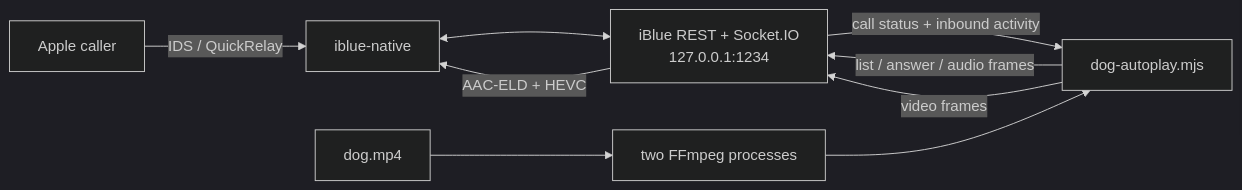
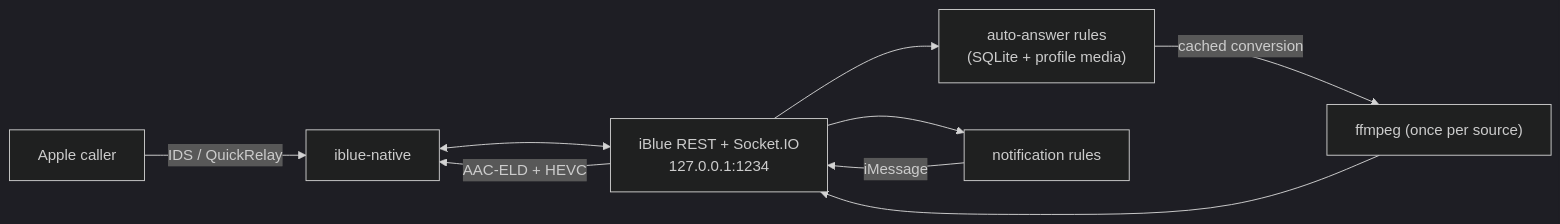
One commit to KyleBoyer/iBlue changed the diagram in docs/facetime-autoplay-handoff.md. Above: the diagram before and after it, drawn with Mermaid (dark theme). The commit also changed other lines of this file, not shown here.

````diff
--- a/docs/facetime-autoplay-handoff.md
+++ b/docs/facetime-autoplay-handoff.md
@@ -154,11 +233,11 @@
 ```mermaid
 flowchart LR
     Caller["Apple caller"] -->|"IDS / QuickRelay"| Native["iblue-native"]
     Native <--> Server["iBlue REST + Socket.IO\n127.0.0.1:1234"]
-    Player["dog-autoplay.mjs"] -->|"list / answer / audio frames"| Server
-    Player -->|"video frames"| Server
-    Server -->|"call status + inbound activity"| Player
-    Media["dog.mp4"] --> FFmpeg["two FFmpeg processes"]
-    FFmpeg --> Player
+    Server --> Rules["auto-answer rules\n(SQLite + profile media)"]
+    Rules -->|"cached conversion"| FFmpeg["ffmpeg (once per source)"]
+    FFmpeg --> Server
+    Server --> Notify["notification rules"]
+    Notify -->|"iMessage"| Server
     Server -->|"AAC-ELD + HEVC"| Native
 ```
````
